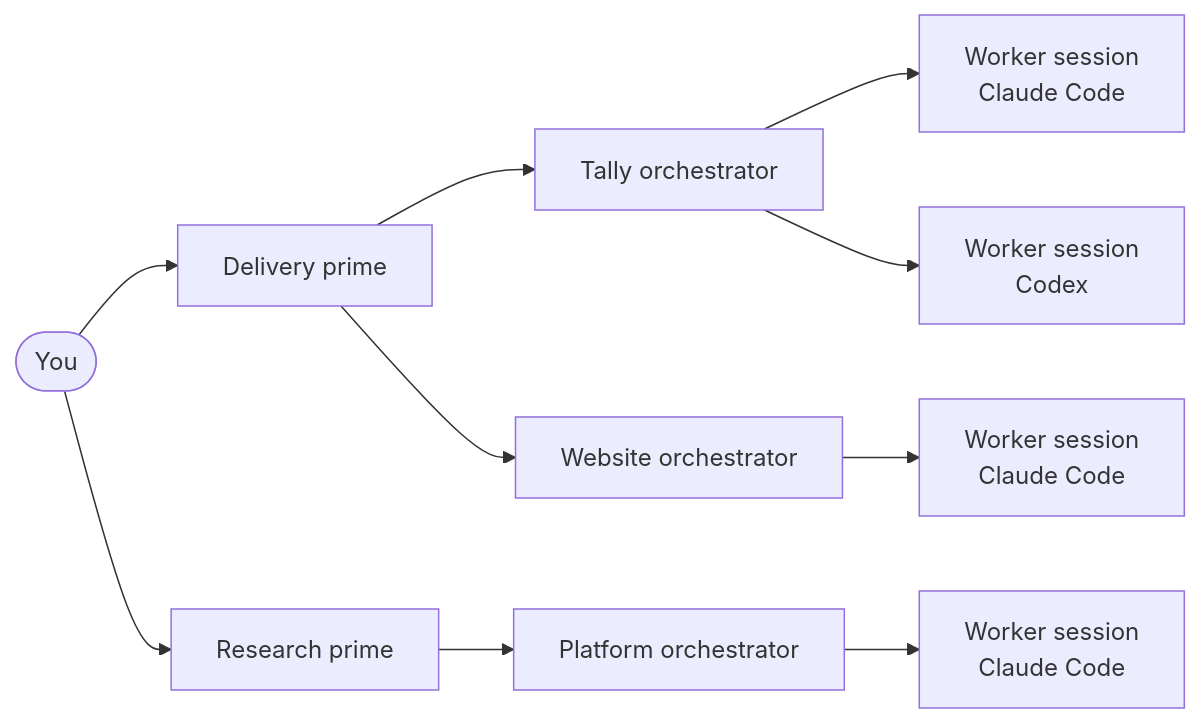
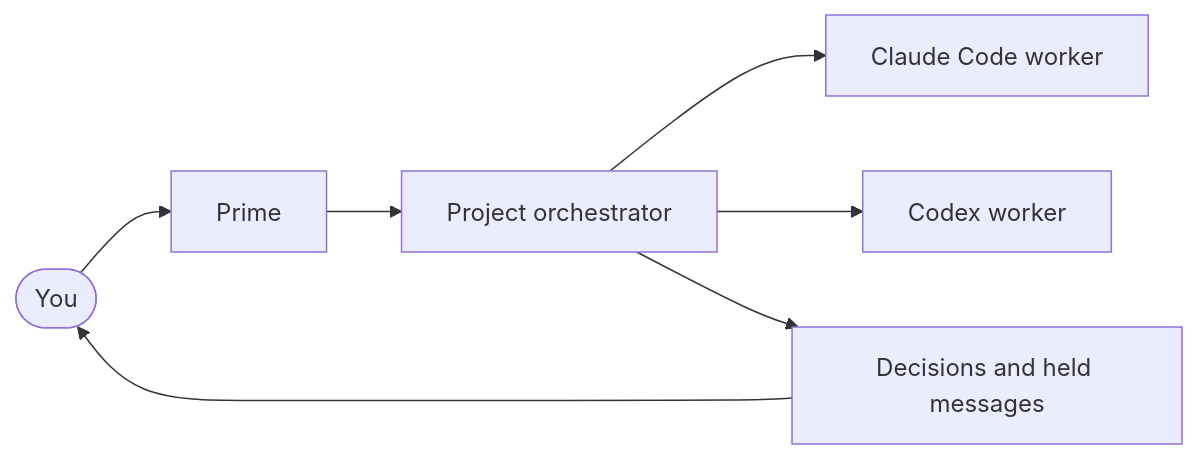
One commit to Subrising/fulcra changed the diagram in README.md. Above: the diagram before and after it, drawn with Mermaid. The commit also changed other lines of this file and 2159 other files, not shown here.

````diff
--- a/README.md
+++ b/README.md
@@ -40,12 +35,9 @@
 ```mermaid
 flowchart LR
-  you([You]) --> primeA[Delivery prime]
-  you --> primeB[Research prime]
-  primeA --> orchA[Tally orchestrator]
-  primeA --> orchB[Website orchestrator]
-  primeB --> orchC[Platform orchestrator]
-  orchA --> w1[Worker session<br/>Claude Code]
-  orchA --> w2[Worker session<br/>Codex]
-  orchB --> w3[Worker session<br/>Claude Code]
-  orchC --> w4[Worker session<br/>Claude Code]
+  you([You]) --> prime[Prime]
+  prime --> project[Project orchestrator]
+  project --> claude[Claude Code worker]
+  project --> codex[Codex worker]
+  project --> inbox[Decisions and held messages]
+  inbox --> you
 ```
````
